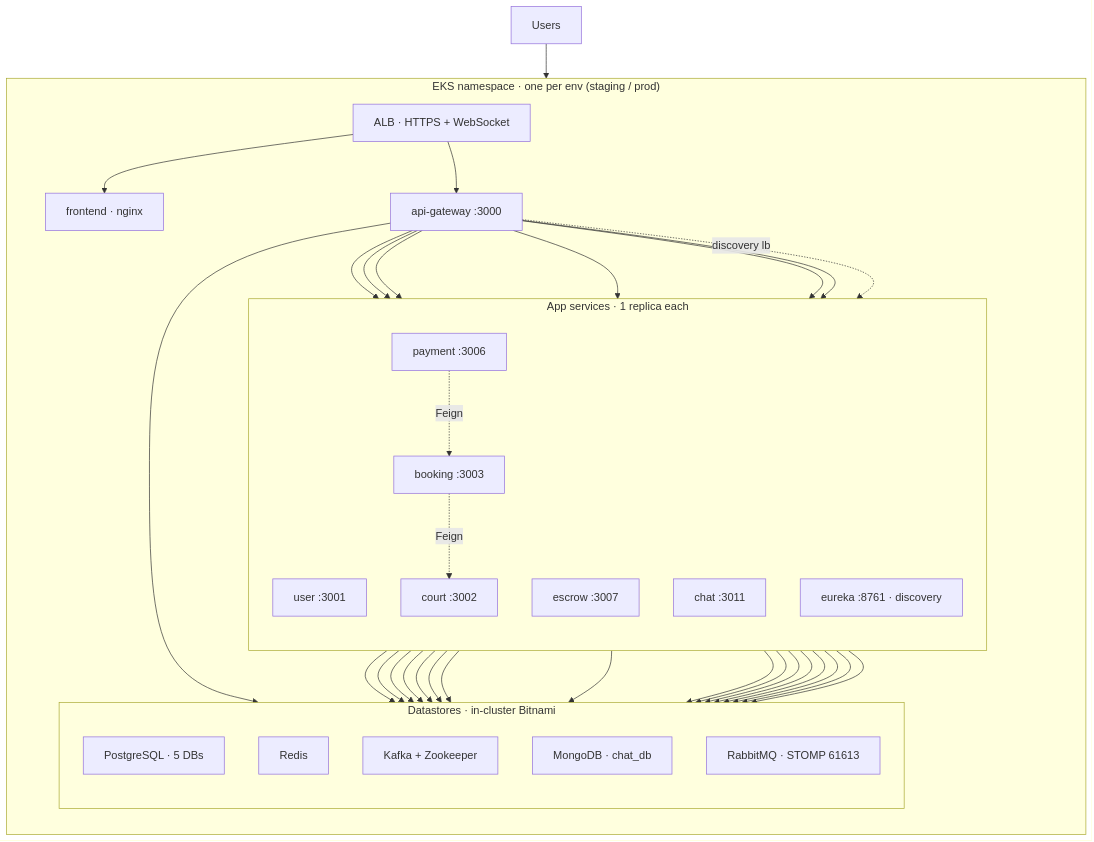
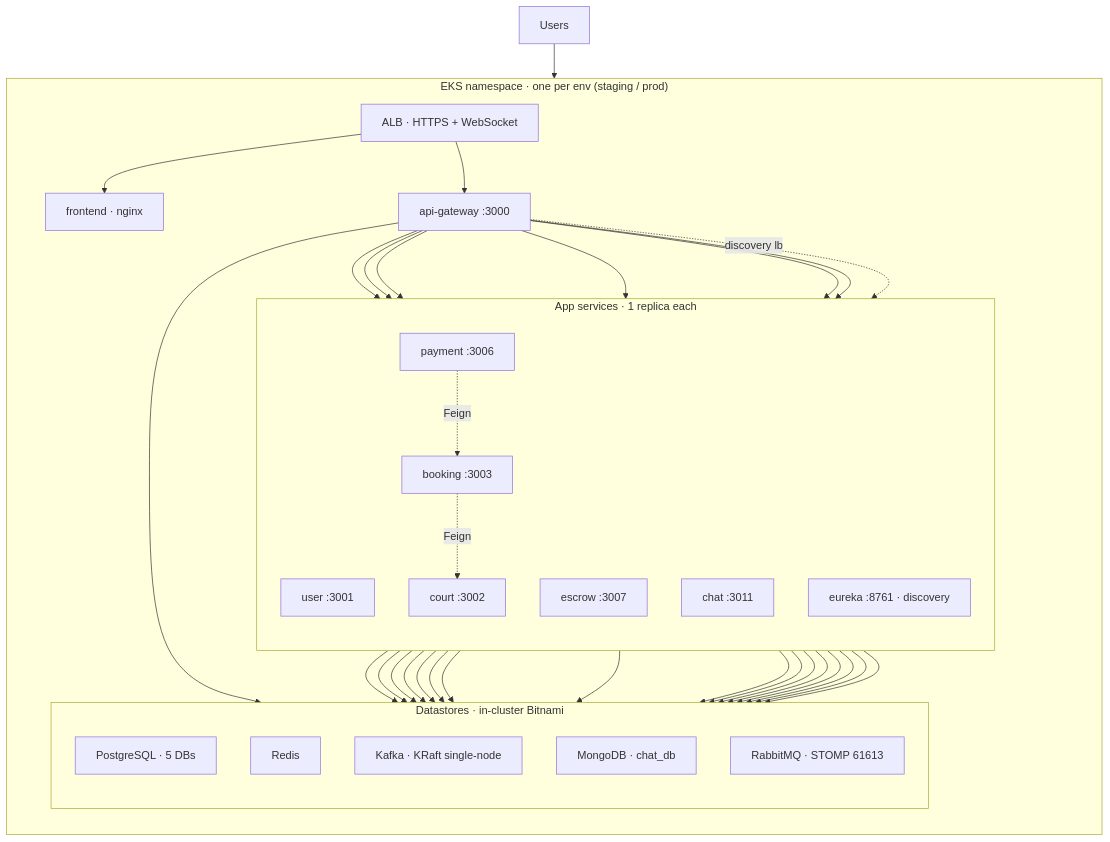
The second of 3 diagrams in Planning_CICD.md (phucgigital03/BadmintonHub-GitOps), drawn with Mermaid before and after one commit. The commit also changed other lines of this file and 1 other file, not shown here.

````diff
--- a/Planning_CICD.md
+++ b/Planning_CICD.md
@@ -138,53 +159,53 @@
 ```mermaid
 flowchart TB
     Users["Users"] --> ALB["ALB · HTTPS + WebSocket"]
     subgraph ENV["EKS namespace · one per env (staging / prod)"]
         direction TB
         ALB --> FE["frontend · nginx"]
         ALB --> GW["api-gateway :3000"]
         subgraph APPS["App services · 1 replica each"]
             direction TB
             USER["user :3001"]
             COURT["court :3002"]
             BOOK["booking :3003"]
             PAY["payment :3006"]
             ESC["escrow :3007"]
             CHAT["chat :3011"]
             EUREKA["eureka :8761 · discovery"]
         end
         subgraph DATA["Datastores · in-cluster Bitnami"]
             direction TB
             PG["PostgreSQL · 5 DBs"]
             REDIS["Redis"]
-            KAFKA["Kafka + Zookeeper"]
+            KAFKA["Kafka · KRaft single-node"]
             MONGO["MongoDB · chat_db"]
             RABBIT["RabbitMQ · STOMP 61613"]
         end
     end
     GW --> USER
     GW --> COURT
     GW --> BOOK
     GW --> PAY
     GW --> ESC
     GW --> CHAT
     GW -.discovery lb.-> EUREKA
     BOOK -.Feign.-> COURT
     PAY -.Feign.-> BOOK
     USER --> PG
     COURT --> PG
     BOOK --> PG
     PAY --> PG
     ESC --> PG
     USER --> REDIS
     COURT --> REDIS
     BOOK --> REDIS
     PAY --> REDIS
     CHAT --> REDIS
     GW --> REDIS
     COURT --> KAFKA
     BOOK --> KAFKA
     PAY --> KAFKA
     ESC --> KAFKA
     CHAT --> MONGO
     CHAT --> RABBIT
 ```
````
